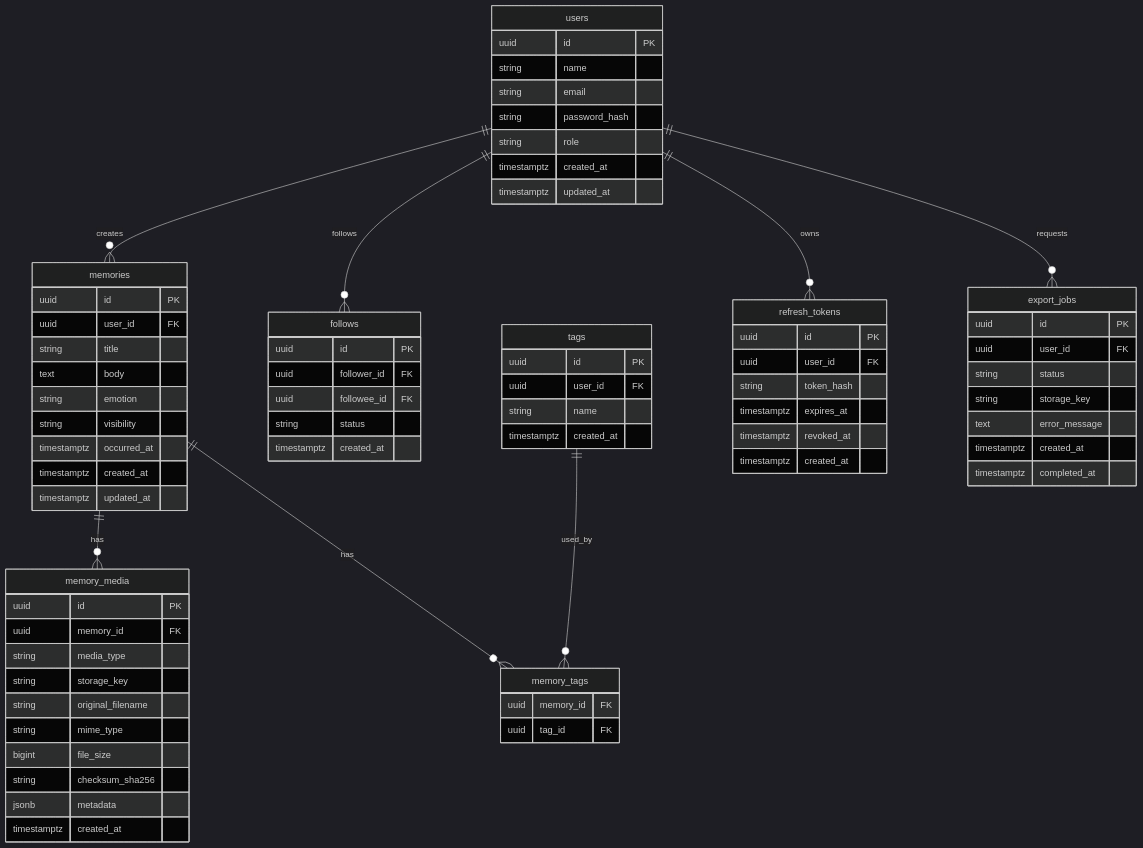
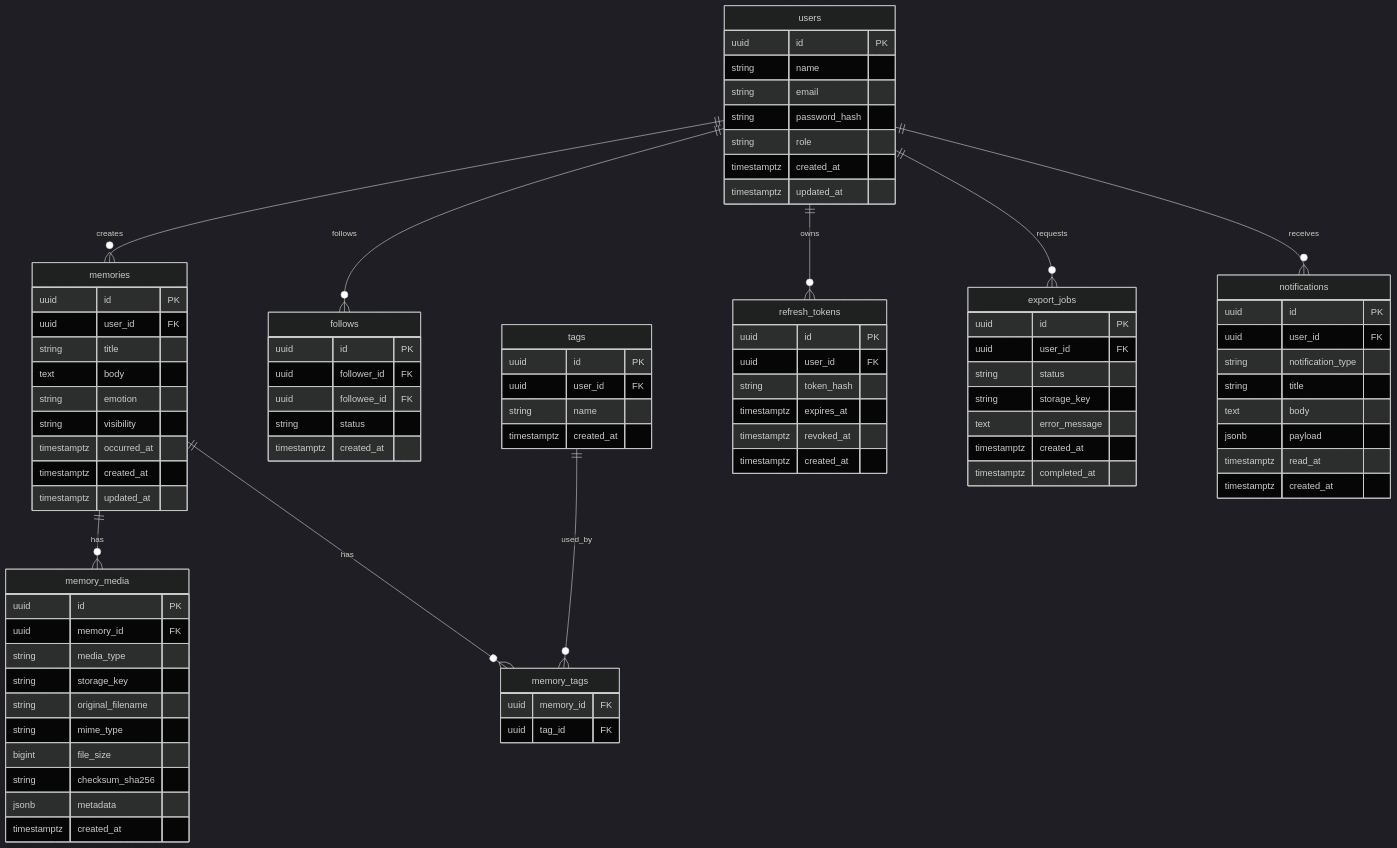
The diagram in doc/basic_design/db_schema.md (Electric-Sheep-team6/backend), drawn with Mermaid (dark theme) before and after one commit. The commit also changed other lines of this file and 3 other files, not shown here.

````diff
--- a/doc/basic_design/db_schema.md
+++ b/doc/basic_design/db_schema.md
@@ -21,6 +21,7 @@
   tags ||--o{ memory_tags : used_by
   users ||--o{ refresh_tokens : owns
   users ||--o{ export_jobs : requests
+  users ||--o{ notifications : receives
 
   users {
     uuid id PK
@@ -95,4 +96,15 @@
     timestamptz created_at
     timestamptz completed_at
   }
+
+  notifications {
+    uuid id PK
+    uuid user_id FK
+    string notification_type
+    string title
+    text body
+    jsonb payload
+    timestamptz read_at
+    timestamptz created_at
+  }
 ```
````
